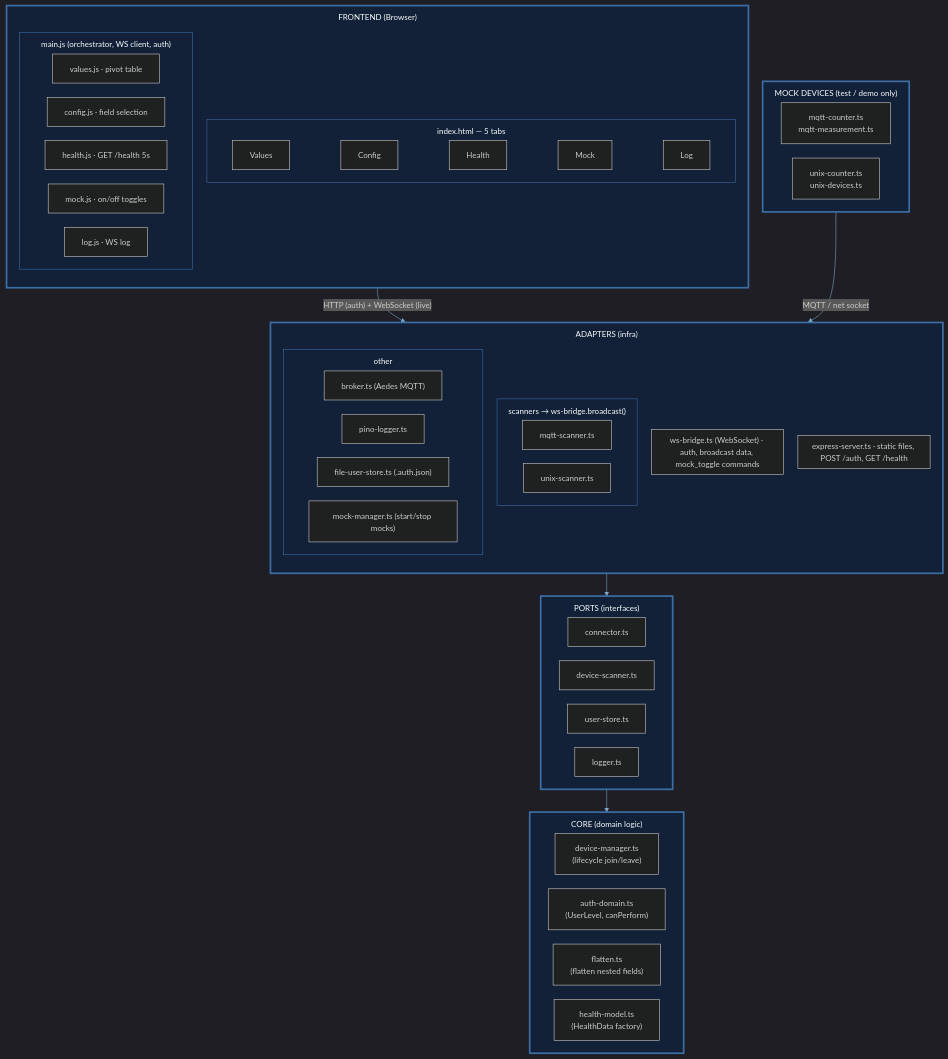
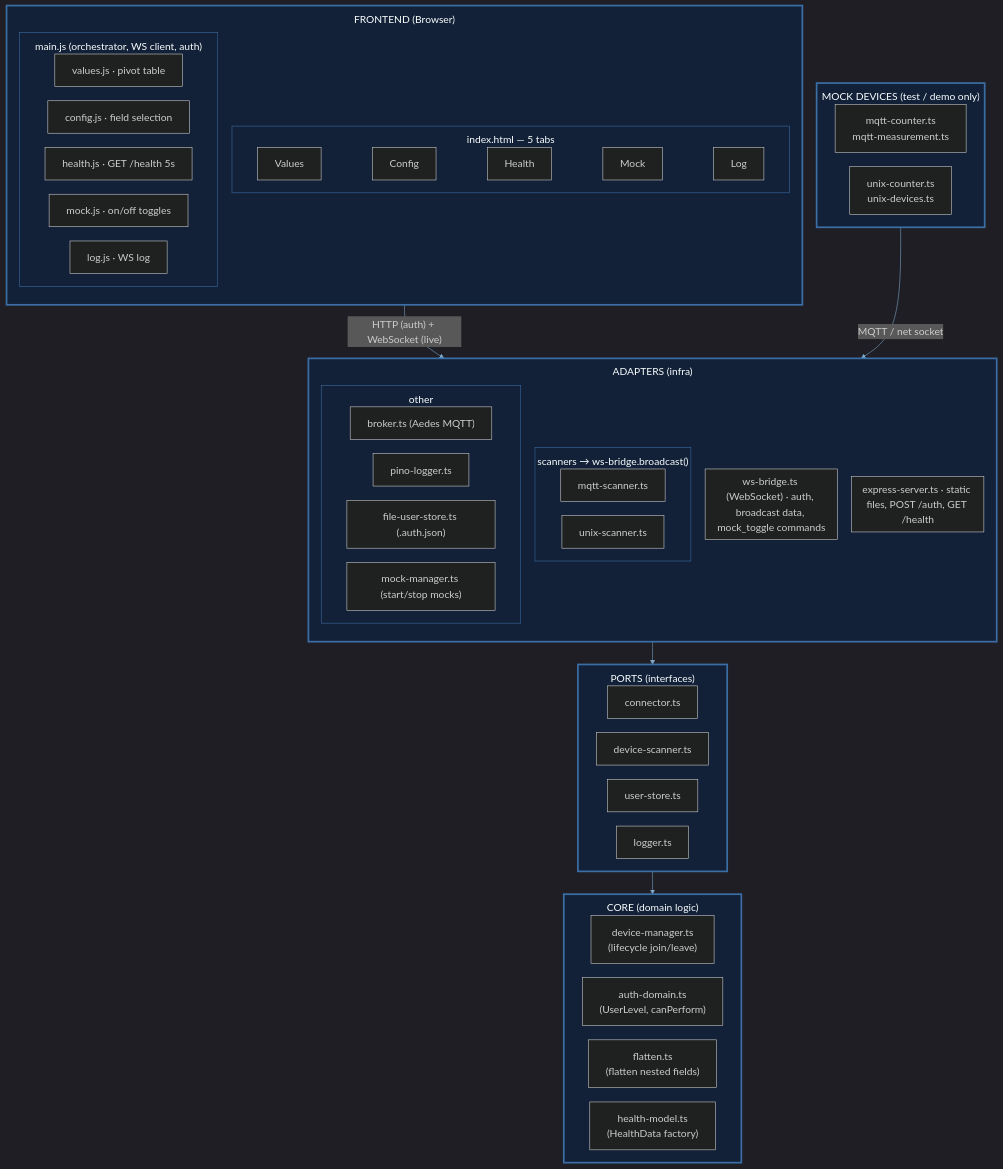
Before and after one commit to JuriPospelow/advancedGUI: the diagram in documentation/images/docs-scripts/component-diagram.mmd, drawn with Mermaid. The commit also changed 3 other files, not shown here.

Commit message:
docs: increase diagram font size to 18px

```diff
--- a/documentation/images/docs-scripts/component-diagram.mmd
+++ b/documentation/images/docs-scripts/component-diagram.mmd
@@ -1,72 +1,72 @@
-%%{init: {"theme":"dark","themeVariables":{"background":"#0f1b2d","primaryColor":"#16233c","primaryBorderColor":"#3b6ea5","primaryTextColor":"#e6edf5","clusterBkg":"#122038","clusterBorder":"#3b6ea5","lineColor":"#7fa8cc","fontSize":"14px"},"flowchart":{"rankDir":"TB","nodeSpacing":25,"rankSpacing":40,"useMaxWidth":false,"subGraphTitleMargin":{"top":10,"bottom":5}}}}%%
+%%{init: {"theme":"dark","themeVariables":{"background":"#0f1b2d","primaryColor":"#16233c","primaryBorderColor":"#3b6ea5","primaryTextColor":"#e6edf5","clusterBkg":"#122038","clusterBorder":"#3b6ea5","lineColor":"#7fa8cc","fontSize":"18px"},"flowchart":{"rankDir":"TB","nodeSpacing":25,"rankSpacing":40,"useMaxWidth":false,"subGraphTitleMargin":{"top":10,"bottom":5}}}}%%
 
 flowchart TB
     subgraph FE["FRONTEND (Browser)"]
         direction TB
         subgraph FER["index.html — 5 tabs"]
             direction LR
             T1["Values"] ~~~ T2["Config"] ~~~ T3["Health"] ~~~ T4["Mock"] ~~~ T5["Log"]
         end
         subgraph FEM["main.js (orchestrator, WS client, auth)"]
             direction LR
             J1["values.js · pivot table"]
             J2["config.js · field selection"]
             J3["health.js · GET /health 5s"]
             J4["mock.js · on/off toggles"]
             J5["log.js · WS log"]
         end
     end
 
     subgraph ADAPT["ADAPTERS (infra)"]
         direction TB
         subgraph AEX["express-server.ts · static files, POST /auth, GET /health"]
         end
         subgraph AWS["ws-bridge.ts (WebSocket) · auth, broadcast data, mock_toggle commands"]
         end
         subgraph ASC["scanners → ws-bridge.broadcast()"]
             direction LR
             MQ["mqtt-scanner.ts"]
             UQ["unix-scanner.ts"]
         end
         subgraph AOTH["other"]
             direction LR
             B1["broker.ts (Aedes MQTT)"]
             LG["pino-logger.ts"]
             US["file-user-store.ts (.auth.json)"]
             MM["mock-manager.ts (start/stop mocks)"]
         end
     end
 
     subgraph PORTS["PORTS (interfaces)"]
         direction LR
         C1["connector.ts"]
         DS["device-scanner.ts"]
         UST["user-store.ts"]
         LGT["logger.ts"]
     end
 
     subgraph CORE["CORE (domain logic)"]
         direction LR
         DM["device-manager.ts<br/>(lifecycle join/leave)"]
         AD["auth-domain.ts<br/>(UserLevel, canPerform)"]
         FL["flatten.ts<br/>(flatten nested fields)"]
         HM["health-model.ts<br/>(HealthData factory)"]
     end
 
     subgraph MOCK["MOCK DEVICES (test / demo only)"]
         direction LR
         MC["mqtt-counter.ts<br/>mqtt-measurement.ts"]
         UC["unix-counter.ts<br/>unix-devices.ts"]
     end
 
     FE -- "HTTP (auth) + WebSocket (live)" --> ADAPT
     ADAPT --> PORTS
     PORTS --> CORE
     MOCK -- "MQTT / net socket" --> ADAPT
 
     classDef thick stroke:#3b6ea5,stroke-width:3px
     FE:::thick
     ADAPT:::thick
     PORTS:::thick
     CORE:::thick
     MOCK:::thick
```
